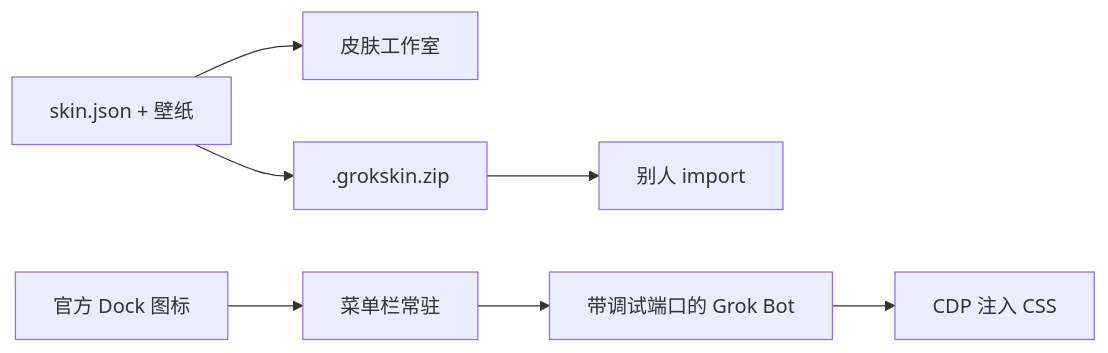
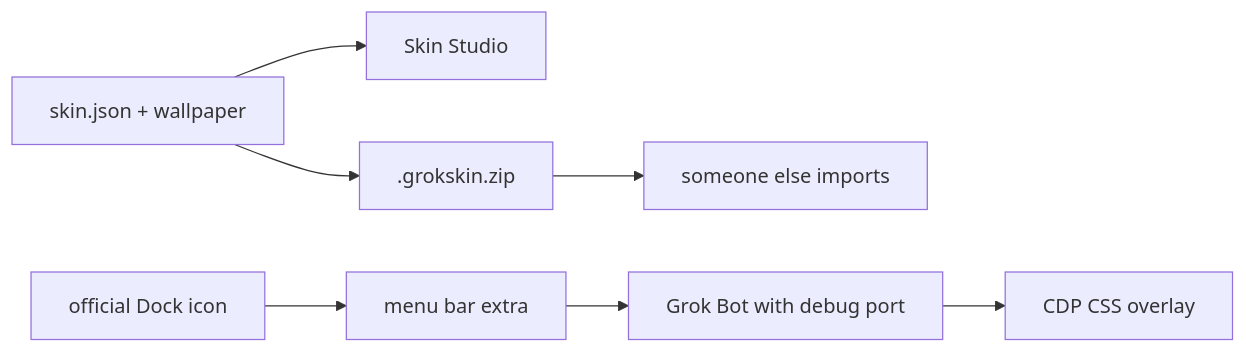
Before and after one commit to Yellow5A5/Grok-Bot-Skin: the diagram in README.md, drawn with Mermaid. The commit also changed other lines of this file and 11 other files, not shown here.

````diff
--- a/README.md
+++ b/README.md
@@ -9,9 +11,9 @@
 ```mermaid
 flowchart LR
-  pack["skin.json + 壁纸"] --> studio["皮肤工作室"]
-  menubar["菜单栏常驻"] --> grok["带调试端口的 Grok Bot"]
-  dock["官方 Dock 图标"] --> menubar
-  grok --> css["CDP 注入 CSS"]
+  pack["skin.json + wallpaper"] --> studio["Skin Studio"]
+  menubar["menu bar extra"] --> grok["Grok Bot with debug port"]
+  dock["official Dock icon"] --> menubar
+  grok --> css["CDP CSS overlay"]
   pack --> zip[".grokskin.zip"]
-  zip --> import["别人 import"]
+  zip --> import["someone else imports"]
 ```
````
